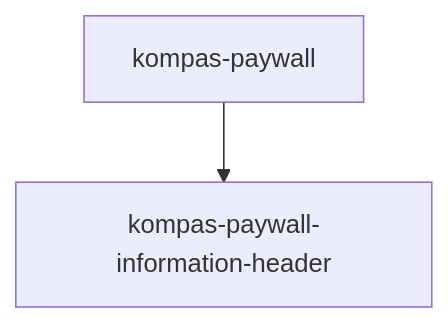
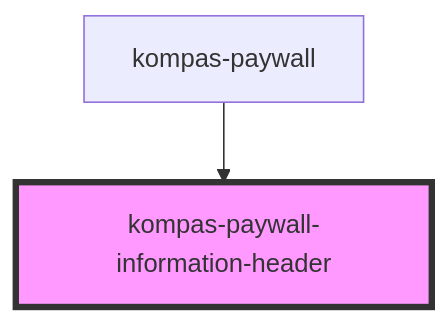
The diagram in src/components/kompas-paywall-information-header/readme.md (pt-kompas-media-nusantara/kompas-web-components), drawn with Mermaid before and after one commit. The commit also changed other lines of this file and 14 other files, not shown here.

````diff
--- a/src/components/kompas-paywall-information-header/readme.md
+++ b/src/components/kompas-paywall-information-header/readme.md
@@ -9,4 +22,5 @@
 ```mermaid
 graph TD;
   kompas-paywall --> kompas-paywall-information-header
+  style kompas-paywall-information-header fill:#f9f,stroke:#333,stroke-width:4px
 ```
````
